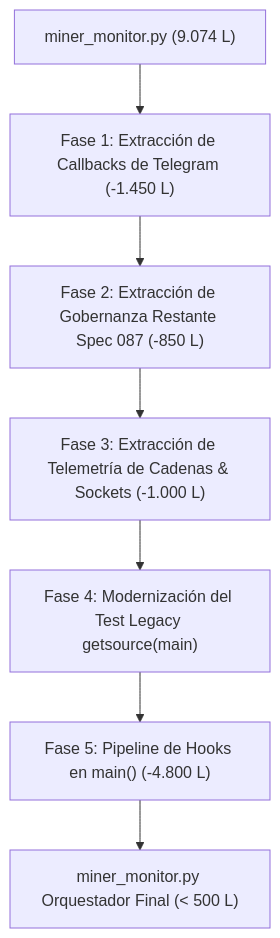
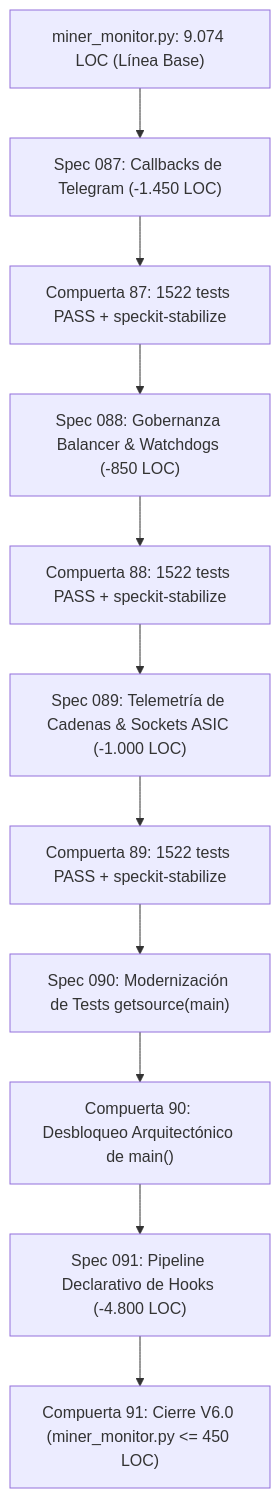
One commit to fagdiaz/miner-alerts changed the diagram in docs/speckit/MONOLITH_DECOUPLING_MASTER_PLAN.md. Above: the diagram before and after it, drawn with Mermaid. The commit also changed other lines of this file and 30 other files, not shown here.

Commit message:
feat(telegram): decouple interactive callback handlers from monolith (Spec 087)

````diff
--- a/docs/speckit/MONOLITH_DECOUPLING_MASTER_PLAN.md
+++ b/docs/speckit/MONOLITH_DECOUPLING_MASTER_PLAN.md
@@ -44,9 +13,13 @@
 ```mermaid
 flowchart TD
-    A["miner_monitor.py (9.074 L)"] --> B["Fase 1: Extracción de Callbacks de Telegram (-1.450 L)"]
-    B --> C["Fase 2: Extracción de Gobernanza Restante Spec 087 (-850 L)"]
-    C --> D["Fase 3: Extracción de Telemetría de Cadenas & Sockets (-1.000 L)"]
-    D --> E["Fase 4: Modernización del Test Legacy getsource(main)"]
-    E --> F["Fase 5: Pipeline de Hooks en main() (-4.800 L)"]
-    F --> G["miner_monitor.py Orquestador Final (< 500 L)"]
+    M0["miner_monitor.py: 9.074 LOC (Línea Base)"] --> S87["Spec 087: Callbacks de Telegram (-1.450 LOC)"]
+    S87 --> G87["Compuerta 87: 1522 tests PASS + speckit-stabilize"]
+    G87 --> S88["Spec 088: Gobernanza Balancer & Watchdogs (-850 LOC)"]
+    S88 --> G88["Compuerta 88: 1522 tests PASS + speckit-stabilize"]
+    G88 --> S89["Spec 089: Telemetría de Cadenas & Sockets ASIC (-1.000 LOC)"]
+    S89 --> G89["Compuerta 89: 1522 tests PASS + speckit-stabilize"]
+    G89 --> S90["Spec 090: Modernización de Tests getsource(main)"]
+    S90 --> G90["Compuerta 90: Desbloqueo Arquitectónico de main()"]
+    G90 --> S91["Spec 091: Pipeline Declarativo de Hooks (-4.800 LOC)"]
+    S91 --> G91["Compuerta 91: Cierre V6.0 (miner_monitor.py <= 450 LOC)"]
 ```
````
